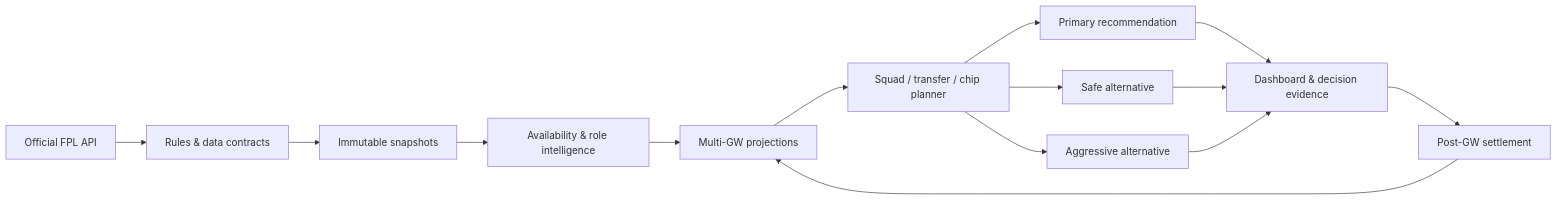
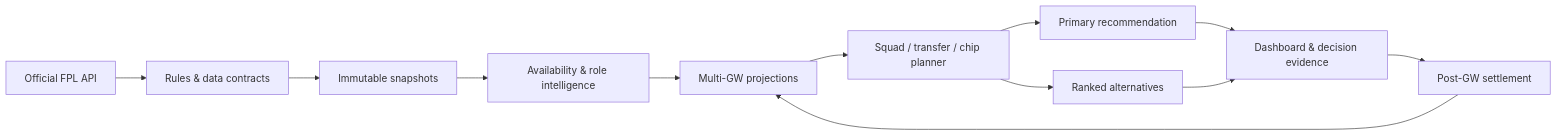
Before and after one commit to Moustafa-Ameen/squadmetric: the first of 2 diagrams in README.md, drawn with Mermaid. The commit also changed other lines of this file, not shown here.

````diff
--- a/README.md
+++ b/README.md
@@ -102,16 +128,14 @@
 ```mermaid
 flowchart LR
     A[Official FPL API] --> B[Rules & data contracts]
     B --> C[Immutable snapshots]
     C --> D[Availability & role intelligence]
     D --> E[Multi-GW projections]
     E --> F[Squad / transfer / chip planner]
     F --> G[Primary recommendation]
-    F --> H[Safe alternative]
-    F --> I[Aggressive alternative]
+    F --> H[Ranked alternatives]
     G --> J[Dashboard & decision evidence]
     H --> J
-    I --> J
     J --> K[Post-GW settlement]
     K --> E
 ```
````
